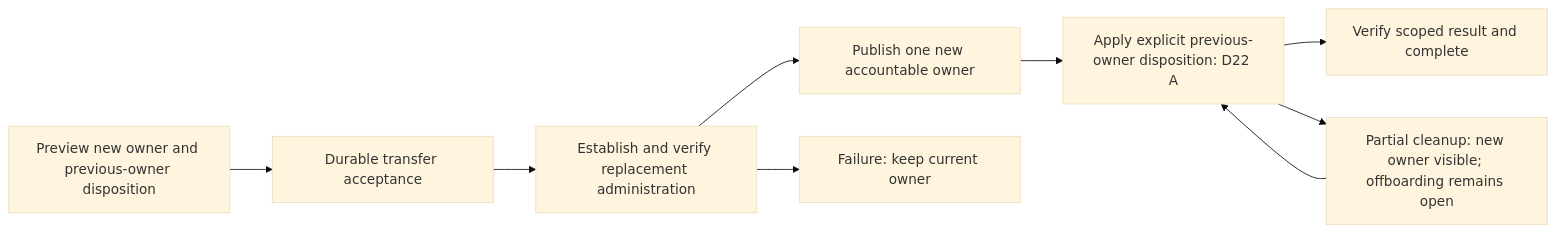
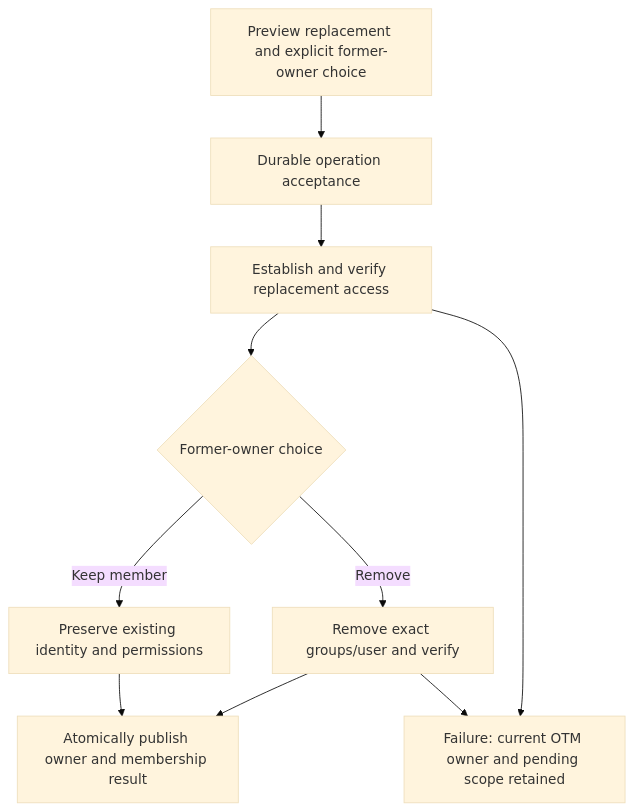
Before and after one commit to eshneken/oci-tenancy-manager: the second of 2 diagrams in docs/engineering-design/01-domain-and-journeys.md, drawn with Mermaid (base theme). The commit also changed other lines of this file and 294 other files, not shown here.

First line of the commit message:
feat: complete tenancy workflows and required-user verification (#2)

````diff
--- a/docs/engineering-design/01-domain-and-journeys.md
+++ b/docs/engineering-design/01-domain-and-journeys.md
@@ -177,11 +185,12 @@
 ```mermaid
-flowchart LR
-  P[Preview new owner and previous-owner disposition] --> A[Durable transfer acceptance]
-  A --> G[Establish and verify replacement administration]
-  G --> O[Publish one new accountable owner]
-  O --> D[Apply explicit previous-owner disposition: D22 A]
-  D --> V[Verify scoped result and complete]
-  G --> F[Failure: keep current owner]
-  D --> R[Partial cleanup: new owner visible; offboarding remains open]
-  R --> D
+flowchart TD
+  P[Preview replacement and explicit former-owner choice] --> A[Durable operation acceptance]
+  A --> G[Establish and verify replacement access]
+  G --> D{Former-owner choice}
+  D -->|Keep member| K[Preserve existing identity and permissions]
+  D -->|Remove| R[Remove exact groups/user and verify]
+  K --> O[Atomically publish owner and membership result]
+  R --> O
+  G --> F[Failure: current OTM owner and pending scope retained]
+  R --> F
 ```
````
